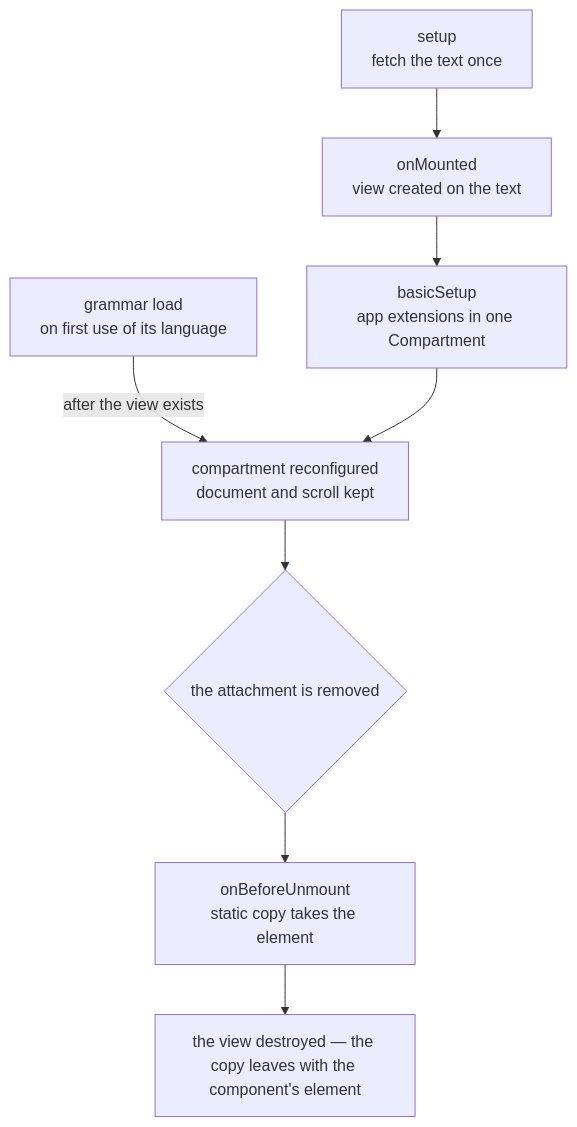
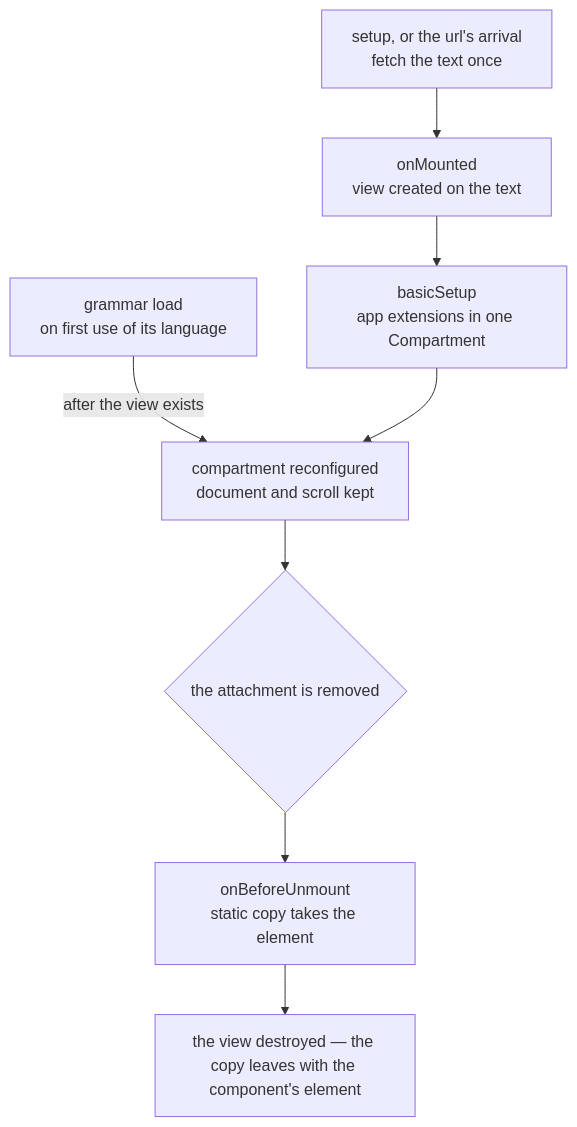
One commit to Esposter/Esposter changed the diagram in openspec/specs/esbabbler/code-viewer/design.md. Above: the diagram before and after it, drawn with Mermaid. The commit also changed other lines of this file and 5 other files, not shown here.

````diff
--- a/openspec/specs/esbabbler/code-viewer/design.md
+++ b/openspec/specs/esbabbler/code-viewer/design.md
@@ -7,10 +7,10 @@
 ```mermaid
 flowchart TD
-  F["setup<br/>fetch the text once"] --> M["onMounted<br/>view created on the text"]
+  F["setup, or the url's arrival<br/>fetch the text once"] --> M["onMounted<br/>view created on the text"]
   M --> C["basicSetup<br/>app extensions in one Compartment"]
   G["grammar load<br/>on first use of its language"] -->|"after the view exists"| R["compartment reconfigured<br/>document and scroll kept"]
   C --> R
   R --> U{"the attachment is removed"}
   U --> S["onBeforeUnmount<br/>static copy takes the element"]
   S --> D["the view destroyed — the copy leaves with the component's element"]
 ```
````
